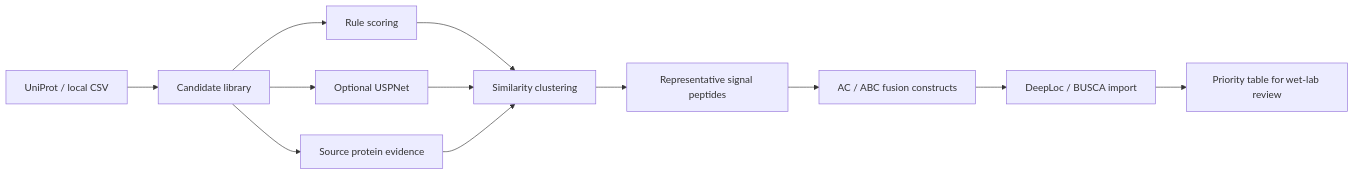
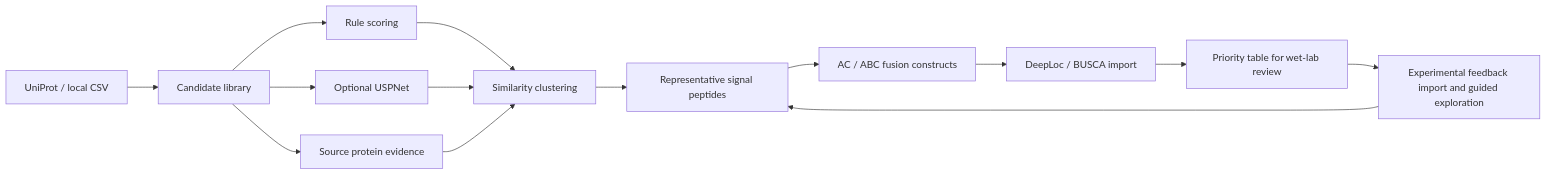
The first of 2 diagrams in README.en.md (77652189/SigScout), drawn with Mermaid before and after one commit. The commit also changed other lines of this file and 1 other file, not shown here.

First line of the commit message:
docs: document the experimental feedback loop and guided exploration

````diff
--- a/README.en.md
+++ b/README.en.md
@@ -39,14 +40,16 @@
 ```mermaid
 flowchart LR
     A["UniProt / local CSV"] --> B["Candidate library"]
     B --> C["Rule scoring"]
     B --> D["Optional USPNet"]
     B --> E["Source protein evidence"]
     C --> F["Similarity clustering"]
     D --> F
     E --> F
     F --> G["Representative signal peptides"]
     G --> H["AC / ABC fusion constructs"]
     H --> I["DeepLoc / BUSCA import"]
     I --> J["Priority table for wet-lab review"]
+    J --> K["Experimental feedback import and guided exploration"]
+    K --> G
 ```
````
